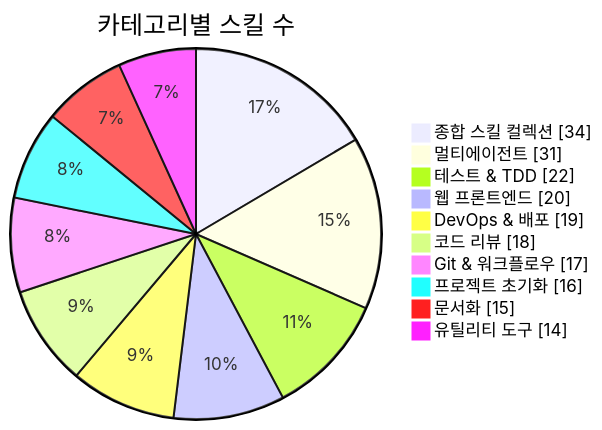
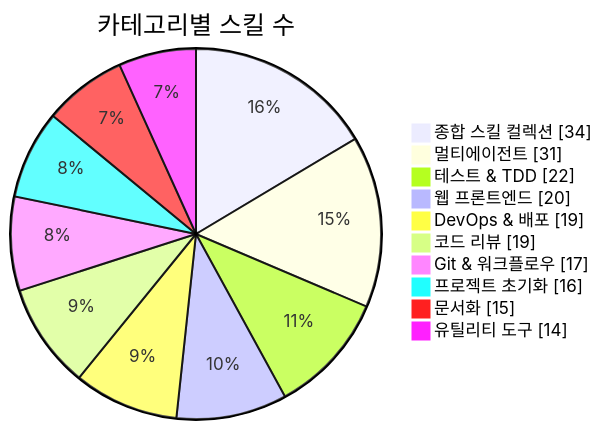
Before and after one commit to J-nowcow/awesome-korean-agent-skills: the first of 3 diagrams in README.md, drawn with Mermaid. The commit also changed other lines of this file and 4 other files, not shown here.

````diff
--- a/README.md
+++ b/README.md
@@ -176,14 +176,14 @@
 ```mermaid
 pie showData
     title 카테고리별 스킬 수
     "종합 스킬 컬렉션" : 34
     "멀티에이전트" : 31
     "테스트 & TDD" : 22
     "웹 프론트엔드" : 20
     "DevOps & 배포" : 19
-    "코드 리뷰" : 18
+    "코드 리뷰" : 19
     "Git & 워크플로우" : 17
     "프로젝트 초기화" : 16
     "문서화" : 15
     "유틸리티 도구" : 14
 ```
````
